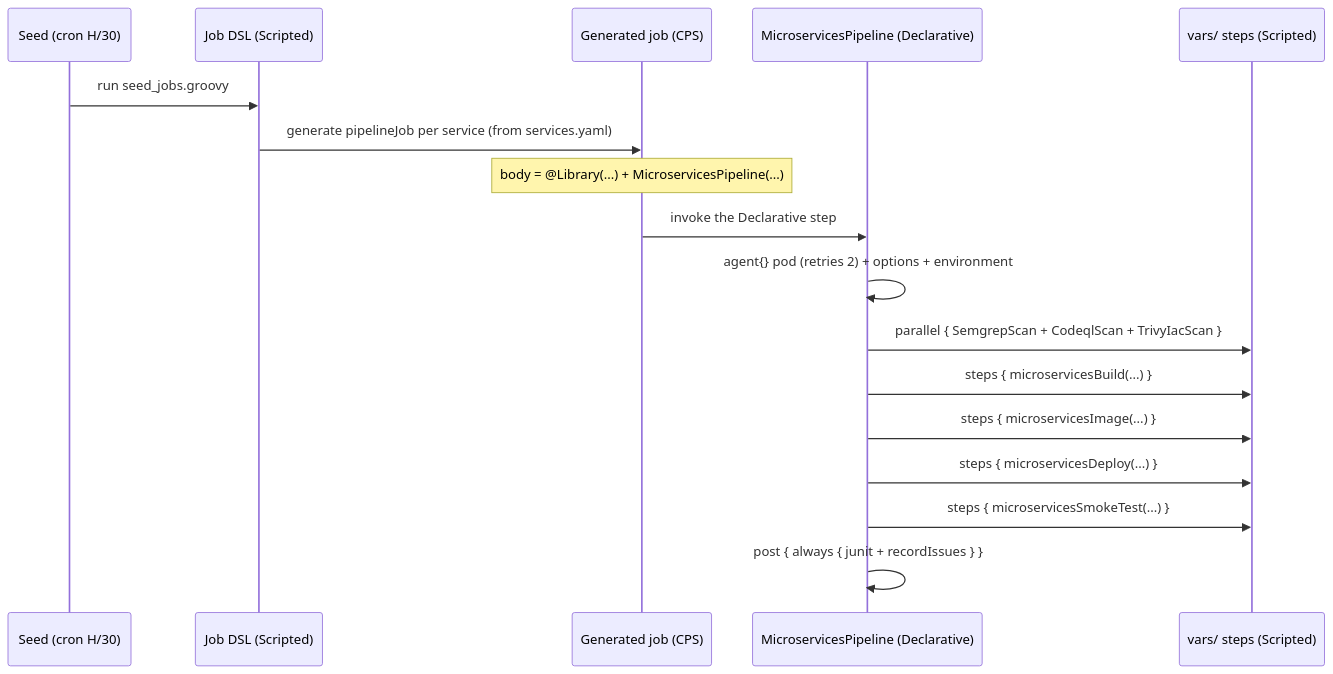
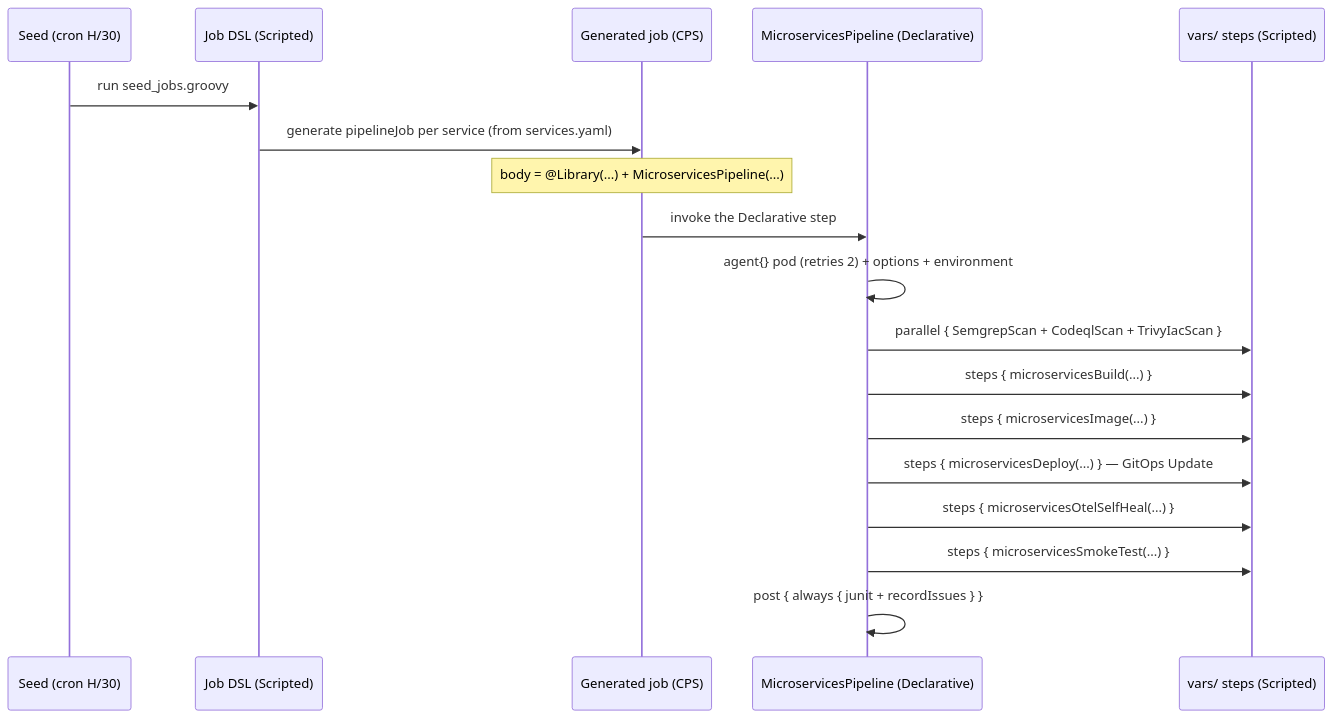
The fourth of 7 diagrams in docs/403-DECLARATIVE_VS_SCRIPTED.md (nubenetes/jenkins-2026), drawn with Mermaid before and after one commit. The commit also changed other lines of this file and 13 other files, not shown here.

````diff
--- a/docs/403-DECLARATIVE_VS_SCRIPTED.md
+++ b/docs/403-DECLARATIVE_VS_SCRIPTED.md
@@ -694,20 +699,21 @@
 ```mermaid
 sequenceDiagram
     participant Cron as Seed (cron H/30)
     participant DSL as Job DSL (Scripted)
     participant Job as Generated job (CPS)
     participant Decl as MicroservicesPipeline (Declarative)
     participant Lib as vars/ steps (Scripted)
 
     Cron->>DSL: run seed_jobs.groovy
     DSL->>Job: generate pipelineJob per service (from services.yaml)
     Note over Job: body = @Library(...) + MicroservicesPipeline(...)
     Job->>Decl: invoke the Declarative step
     Decl->>Decl: agent{} pod (retries 2) + options + environment
     Decl->>Lib: parallel { SemgrepScan + CodeqlScan + TrivyIacScan }
     Decl->>Lib: steps { microservicesBuild(...) }
     Decl->>Lib: steps { microservicesImage(...) }
-    Decl->>Lib: steps { microservicesDeploy(...) }
+    Decl->>Lib: steps { microservicesDeploy(...) } — GitOps Update
+    Decl->>Lib: steps { microservicesOtelSelfHeal(...) }
     Decl->>Lib: steps { microservicesSmokeTest(...) }
     Decl->>Decl: post { always { junit + recordIssues } }
 ```
````
